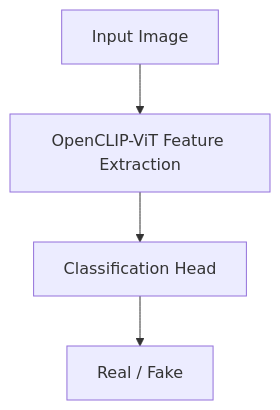
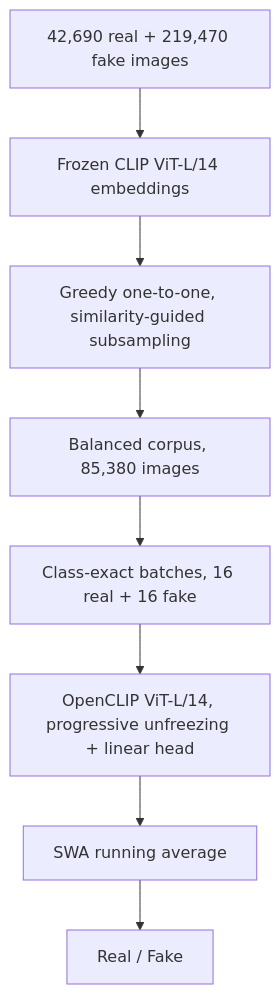
One commit to JubayerONROB/JubayerONROB.github.io changed the diagram in content/work/projects/deepfake-detection-clip-vit.md. Above: the diagram before and after it, drawn with Mermaid. The commit also changed other lines of this file and 7 other files, not shown here.

First line of the commit message:
Add new CV, publications, and PairCLIP-SWA details to the Deepfake page

````diff
--- a/content/work/projects/deepfake-detection-clip-vit.md
+++ b/content/work/projects/deepfake-detection-clip-vit.md
@@ -29,6 +36,10 @@
 ```mermaid
 flowchart TD
-    A[Input Image] --> B[OpenCLIP-ViT Feature Extraction]
-    B --> C[Classification Head]
-    C --> D[Real / Fake]
+    A[42,690 real + 219,470 fake images] --> B[Frozen CLIP ViT-L/14 embeddings]
+    B --> C[Greedy one-to-one, similarity-guided subsampling]
+    C --> D[Balanced corpus, 85,380 images]
+    D --> E[Class-exact batches, 16 real + 16 fake]
+    E --> F[OpenCLIP ViT-L/14, progressive unfreezing + linear head]
+    F --> G[SWA running average]
+    G --> H[Real / Fake]
 ```
````
